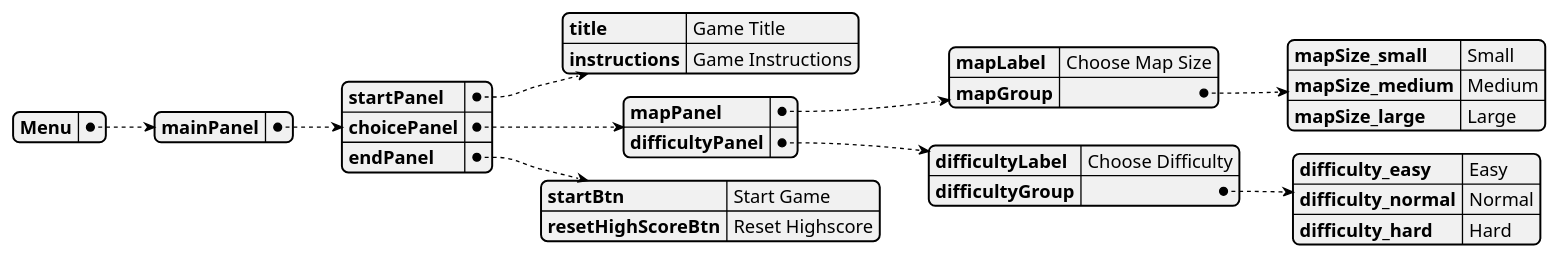
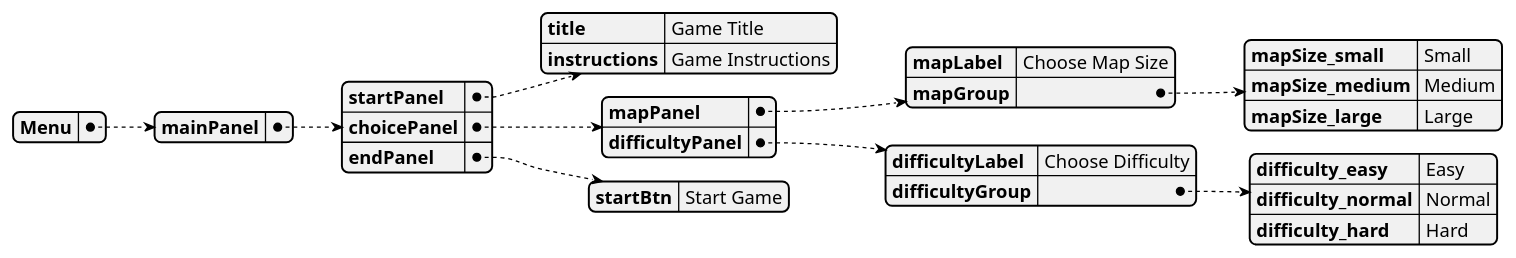
One commit to ShaheerSharif/snake-game-4th-sem changed the diagram in docs/puml/menuUI.puml. Above: the diagram before and after it, drawn with PlantUML. The commit also changed 21 other files, not shown here.

```diff
--- a/docs/puml/menuUI.puml
+++ b/docs/puml/menuUI.puml
@@ -1,28 +1,27 @@
 @startyaml menuUI
     
     Menu:
         mainPanel:
             startPanel:
                 title: "Game Title"
                 instructions: "Game Instructions"
 
             choicePanel:
                 mapPanel:
                     mapLabel: "Choose Map Size"
                     mapGroup:
                         mapSize_small: "Small"
                         mapSize_medium: "Medium"
                         mapSize_large: "Large"
 
                 difficultyPanel:
                     difficultyLabel: "Choose Difficulty"
                     difficultyGroup:
                         difficulty_easy: "Easy"
                         difficulty_normal: "Normal"
                         difficulty_hard: "Hard"
 
             endPanel:
                 startBtn: "Start Game"
-                resetHighScoreBtn: "Reset Highscore"
 
 @endyaml
```
